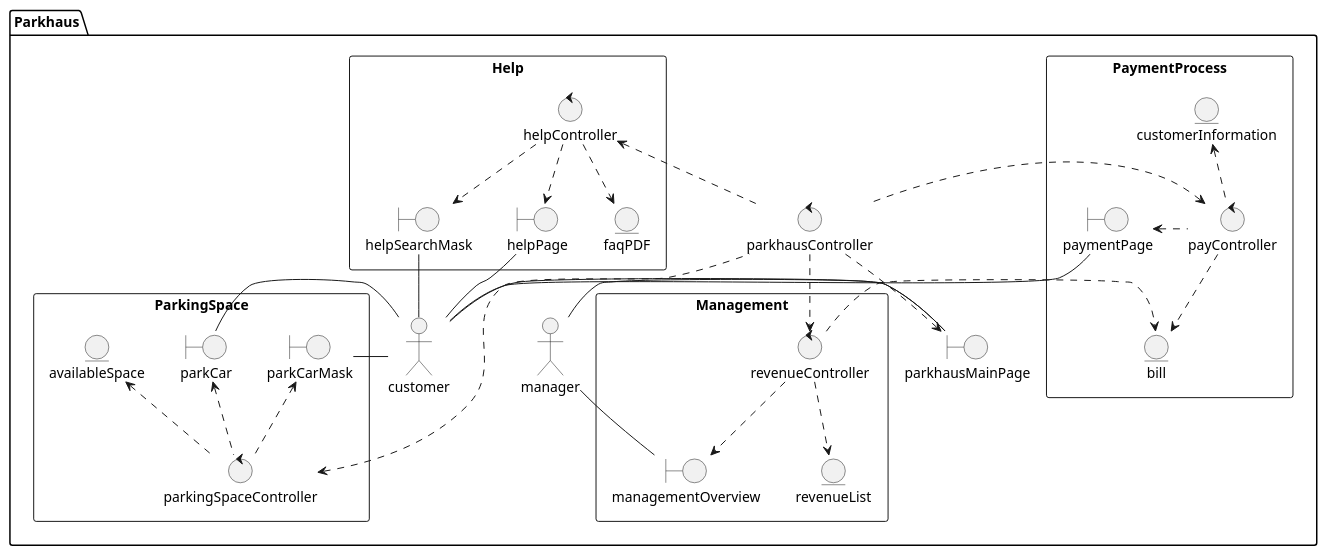
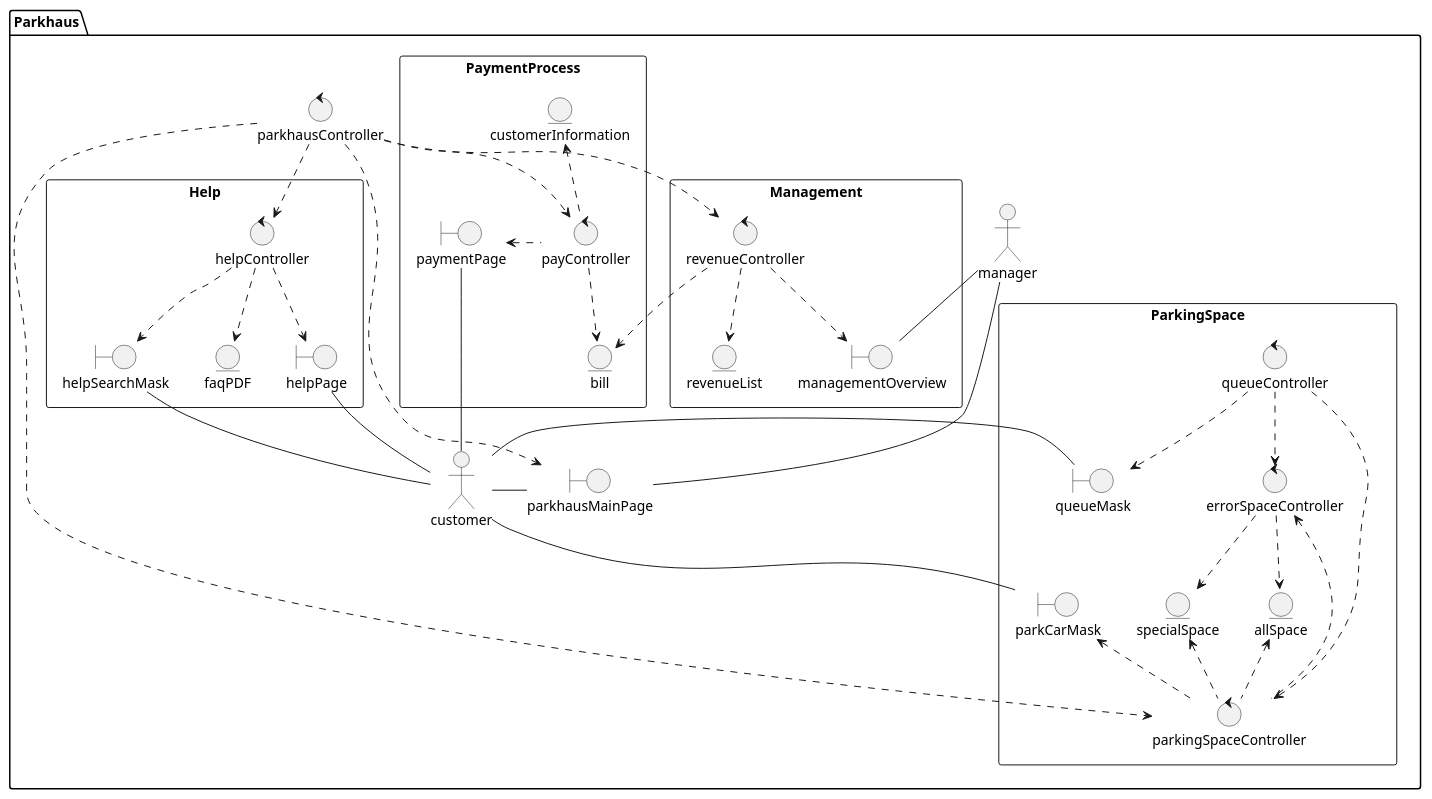
Before and after one commit to 1nbetw33n/Parkhaus_new: the diagram in src/main/team_space/exercise5/ra_Parkhaus.puml, drawn with PlantUML.

Commit message:
changed ra_Parkhaus.puml, changed ParkingSpace with queueController and errorController

```diff
--- a/src/main/team_space/exercise5/ra_Parkhaus.puml
+++ b/src/main/team_space/exercise5/ra_Parkhaus.puml
@@ -1,85 +1,95 @@
 @startuml
 
 package Parkhaus {
 
 actor customer as c
 actor manager as m
 control parkhausController
 boundary parkhausMainPage
 
     rectangle PaymentProcess {
         boundary paymentPage
         control payController
         entity customerInformation
         entity bill
 
         payController .up.> customerInformation
         payController .left.> paymentPage
         payController ..> bill
 
         c -up- paymentPage
 
 
     }
 
     rectangle Help {
         boundary helpPage
         boundary helpSearchMask
         control helpController
         entity faqPDF
 
         helpController ..> helpPage
         helpController ..> faqPDF
         helpController ..> helpSearchMask
 
         c -up- helpPage
         c -up- helpSearchMask
 
     }
 
     rectangle Management {
 
         boundary managementOverview
         control revenueController
         entity revenueList
 
         m -down- managementOverview
         m - parkhausMainPage
 
         parkhausController ..> revenueController
         revenueController ..> managementOverview
         revenueController ..> revenueList
         revenueController ..> bill
 
     }
 
     rectangle ParkingSpace {
         boundary parkCarMask
-        boundary parkCar
+        boundary queueMask
         control parkingSpaceController
-        entity availableSpace
+        control errorSpaceController
+        control queueController
+        entity allSpace
+        entity specialSpace
+
 
 
         parkingSpaceController .up.> parkCarMask
-        parkingSpaceController .up.> parkCar
-        parkingSpaceController .up.> availableSpace
+        parkingSpaceController .up.> allSpace
+        parkingSpaceController .up.> specialSpace
+        parkingSpaceController .up.> errorSpaceController
+
+        errorSpaceController ..> allSpace
+        errorSpaceController ..> specialSpace
+
+        queueController ..> errorSpaceController
+        queueController ..> queueMask
+        queueController ..> parkingSpaceController
 
         c - parkCarMask
-        c - parkCar
-
-
+        c - queueMask
 
 
 
     }
 
-    parkhausController .up.> parkingSpaceController
-    parkhausController .left.> payController
-    parkhausController .down.> helpController
-    parkhausController .down.> parkhausMainPage
+    parkhausController ..> parkingSpaceController
+    parkhausController ..> payController
+    parkhausController ..> helpController
+    parkhausController ..> parkhausMainPage
     c - parkhausMainPage
 
 
 }
 
 @enduml
```
